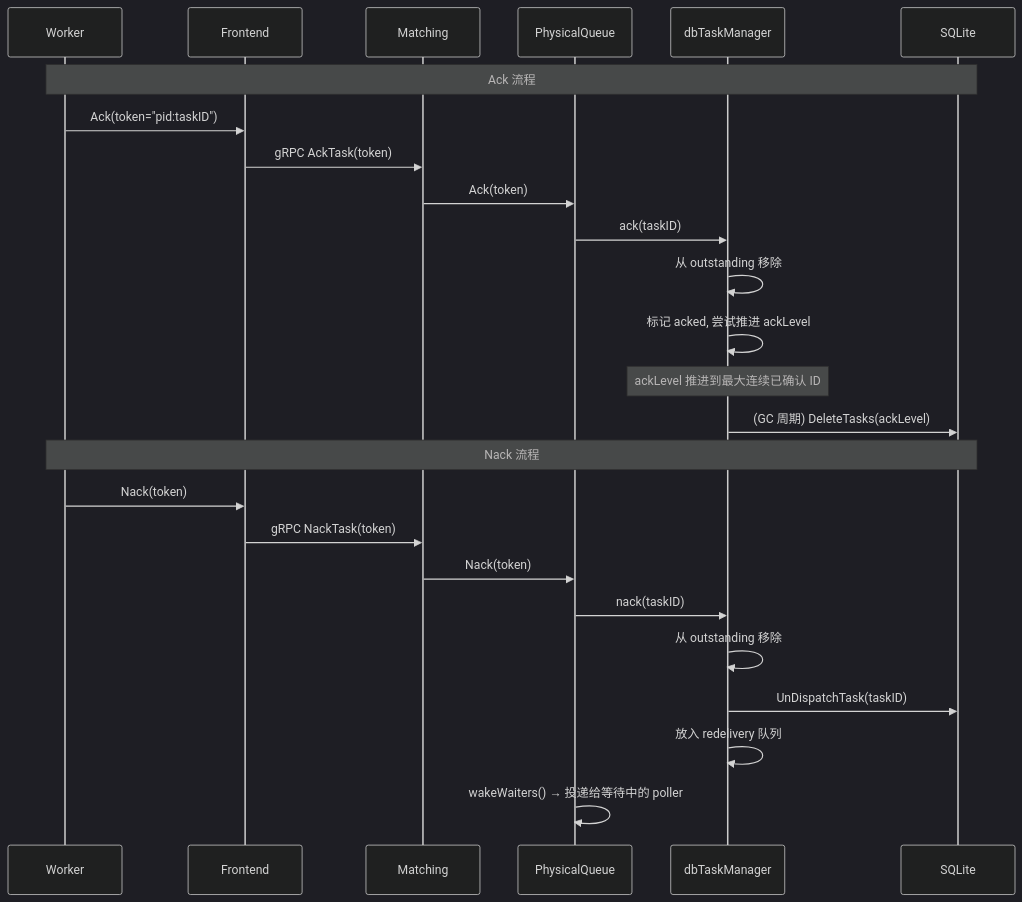
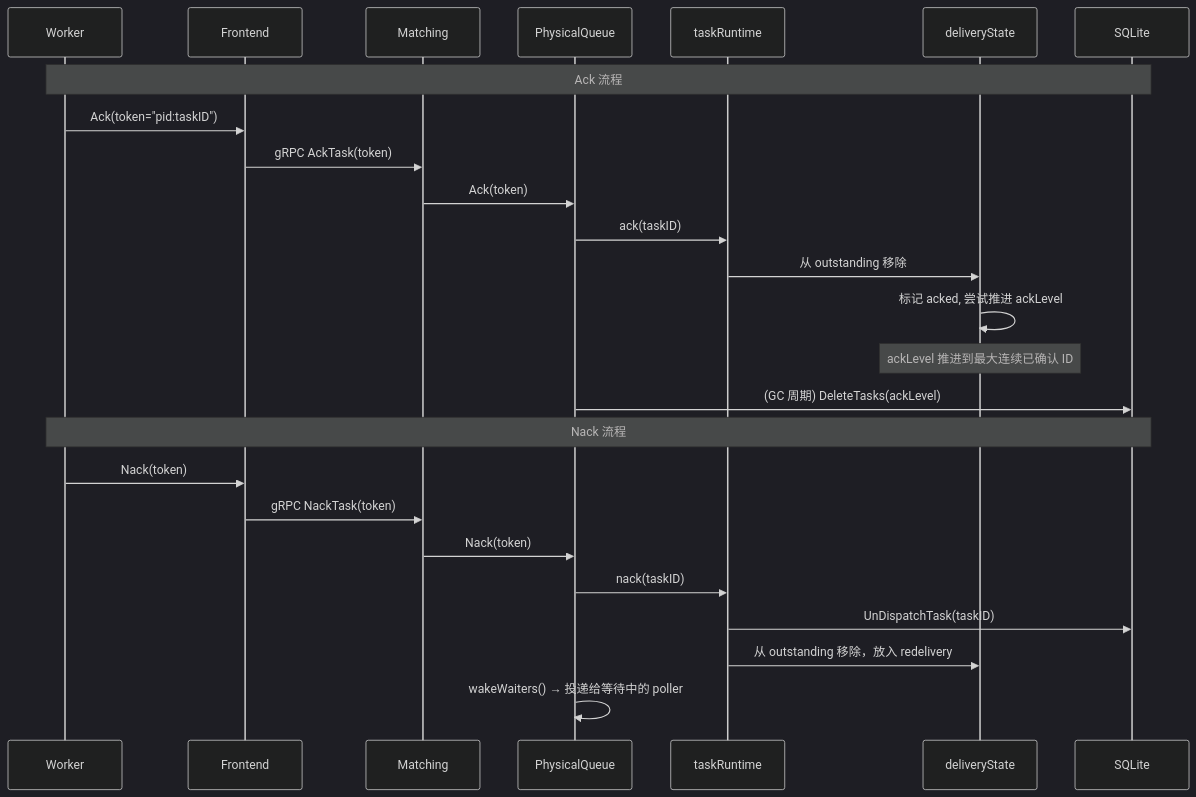
The seventh of 9 diagrams in README.md (donutnomad/taskq), drawn with Mermaid (dark theme) before and after one commit. The commit also changed other lines of this file and 22 other files, not shown here.

First line of the commit message:
refactor: split dbTaskManager into taskRuntime and deliveryState for cleaner separation of concerns

````diff
--- a/README.md
+++ b/README.md
@@ -272,29 +277,29 @@
 ```mermaid
 sequenceDiagram
     participant W as Worker
     participant F as Frontend
     participant M as Matching
     participant PQ as PhysicalQueue
-    participant DM as dbTaskManager
+    participant RT as taskRuntime
+    participant DS as deliveryState
     participant DB as SQLite
 
     Note over W,DB: Ack 流程
     W->>F: Ack(token="pid:taskID")
     F->>M: gRPC AckTask(token)
     M->>PQ: Ack(token)
-    PQ->>DM: ack(taskID)
-    DM->>DM: 从 outstanding 移除
-    DM->>DM: 标记 acked, 尝试推进 ackLevel
-    Note over DM: ackLevel 推进到最大连续已确认 ID
-    DM->>DB: (GC 周期) DeleteTasks(ackLevel)
+    PQ->>RT: ack(taskID)
+    RT->>DS: 从 outstanding 移除
+    DS->>DS: 标记 acked, 尝试推进 ackLevel
+    Note over DS: ackLevel 推进到最大连续已确认 ID
+    PQ->>DB: (GC 周期) DeleteTasks(ackLevel)
 
     Note over W,DB: Nack 流程
     W->>F: Nack(token)
     F->>M: gRPC NackTask(token)
     M->>PQ: Nack(token)
-    PQ->>DM: nack(taskID)
-    DM->>DM: 从 outstanding 移除
-    DM->>DB: UnDispatchTask(taskID)
-    DM->>DM: 放入 redelivery 队列
+    PQ->>RT: nack(taskID)
+    RT->>DB: UnDispatchTask(taskID)
+    RT->>DS: 从 outstanding 移除，放入 redelivery
     PQ->>PQ: wakeWaiters() → 投递给等待中的 poller
 ```
````
